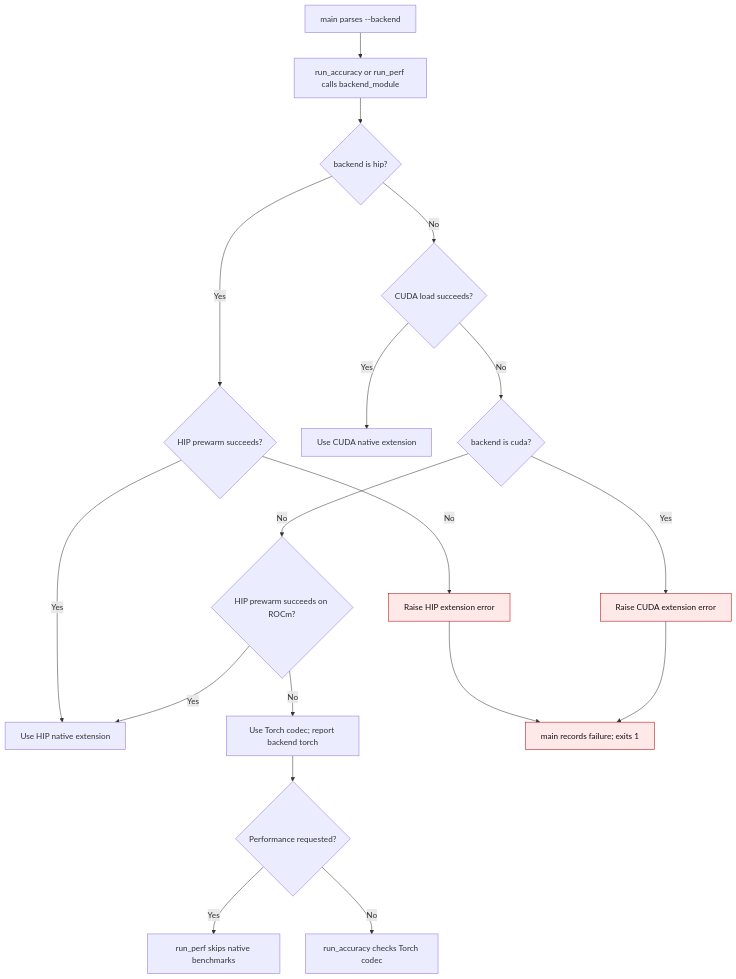
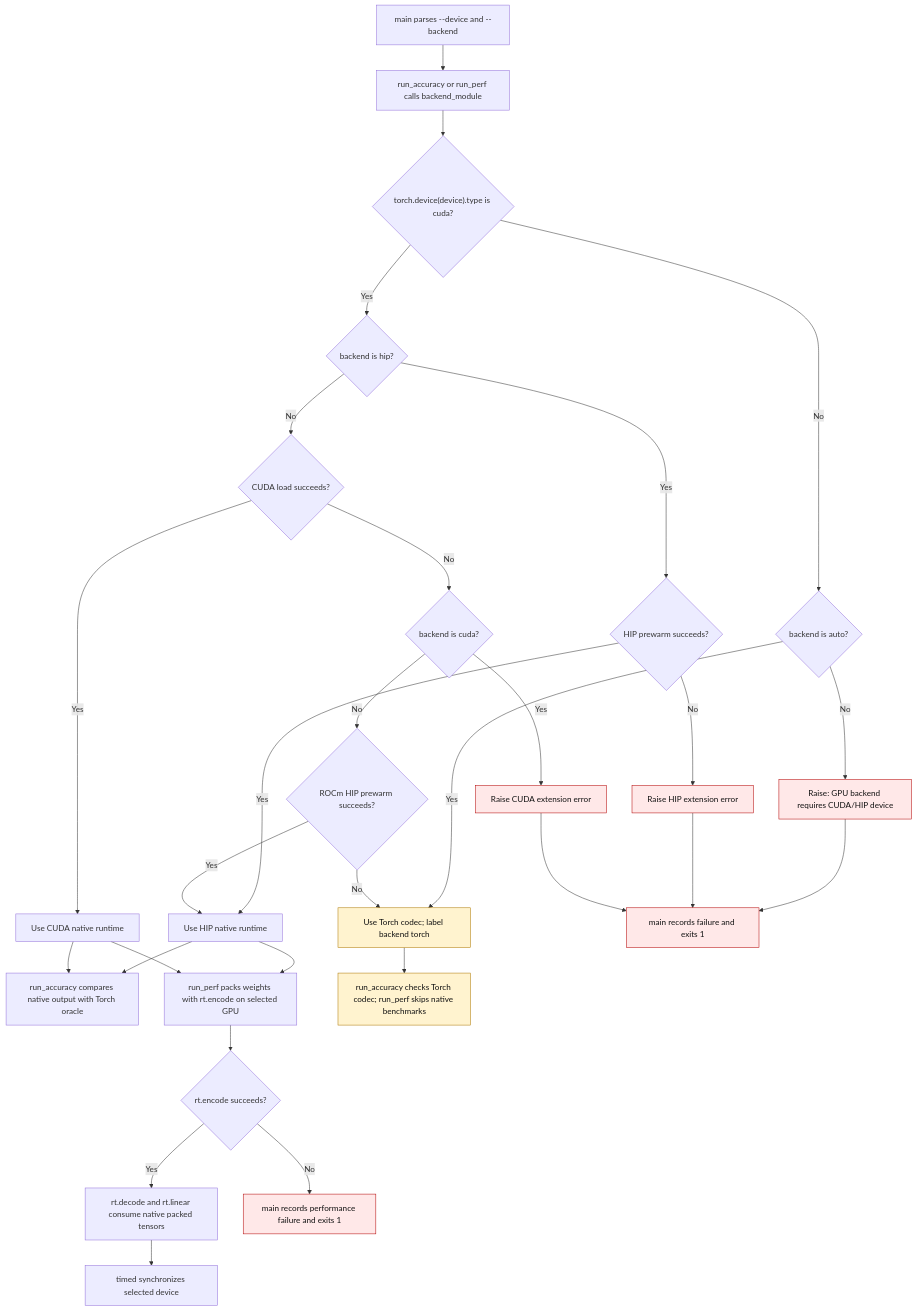
The diagram in docs/nf12-validation-backends.md (ModelCloud/GPTQModel), drawn with Mermaid before and after one commit. The commit also changed other lines of this file and 3 other files, not shown here.

First line of the commit message:
fix(nf12): benchmark HIP native encoder in validator (#3642)

````diff
--- a/docs/nf12-validation-backends.md
+++ b/docs/nf12-validation-backends.md
@@ -9,22 +12,35 @@
 ```mermaid
 flowchart TD
-    A["main parses --backend"] --> B["run_accuracy or run_perf calls backend_module"]
-    B --> C{"backend is hip?"}
-    C -- Yes --> D{"HIP prewarm succeeds?"}
-    D -- Yes --> H["Use HIP native extension"]
-    D -- No --> X["Raise HIP extension error"]
-    C -- No --> E{"CUDA load succeeds?"}
-    E -- Yes --> I["Use CUDA native extension"]
-    E -- No --> F{"backend is cuda?"}
-    F -- Yes --> Y["Raise CUDA extension error"]
-    F -- No --> G{"HIP prewarm succeeds on ROCm?"}
-    G -- Yes --> H
-    G -- No --> J["Use Torch codec; report backend torch"]
-    X --> K["main records failure; exits 1"]
-    Y --> K
-    J --> L{"Performance requested?"}
-    L -- Yes --> M["run_perf skips native benchmarks"]
-    L -- No --> N["run_accuracy checks Torch codec"]
+    A["main parses --device and --backend"] --> B["run_accuracy or run_perf calls backend_module"]
+    B --> C{"torch.device(device).type is cuda?"}
+    C -- No --> D{"backend is auto?"}
+    D -- Yes --> T["Use Torch codec; label backend torch"]
+    D -- No --> X["Raise: GPU backend requires CUDA/HIP device"]
+    C -- Yes --> E{"backend is hip?"}
+    E -- Yes --> F{"HIP prewarm succeeds?"}
+    F -- Yes --> H["Use HIP native runtime"]
+    F -- No --> Y["Raise HIP extension error"]
+    E -- No --> G{"CUDA load succeeds?"}
+    G -- Yes --> I["Use CUDA native runtime"]
+    G -- No --> J{"backend is cuda?"}
+    J -- Yes --> Z["Raise CUDA extension error"]
+    J -- No --> K{"ROCm HIP prewarm succeeds?"}
+    K -- Yes --> H
+    K -- No --> T
+    H --> U["run_accuracy compares native output with Torch oracle"]
+    I --> U
+    H --> N["run_perf packs weights with rt.encode on selected GPU"]
+    I --> N
+    N --> R{"rt.encode succeeds?"}
+    R -- Yes --> O["rt.decode and rt.linear consume native packed tensors"]
+    R -- No --> W["main records performance failure and exits 1"]
+    O --> P["timed synchronizes selected device"]
+    T --> V["run_accuracy checks Torch codec; run_perf skips native benchmarks"]
+    X --> Q["main records failure and exits 1"]
+    Y --> Q
+    Z --> Q
     classDef failure fill:#ffe8e8,stroke:#b30000,color:#111;
-    class X,Y,K failure;
+    classDef fallback fill:#fff3cf,stroke:#ad7700,color:#111;
+    class X,Y,Z,Q,W failure;
+    class T,V fallback;
 ```
````
